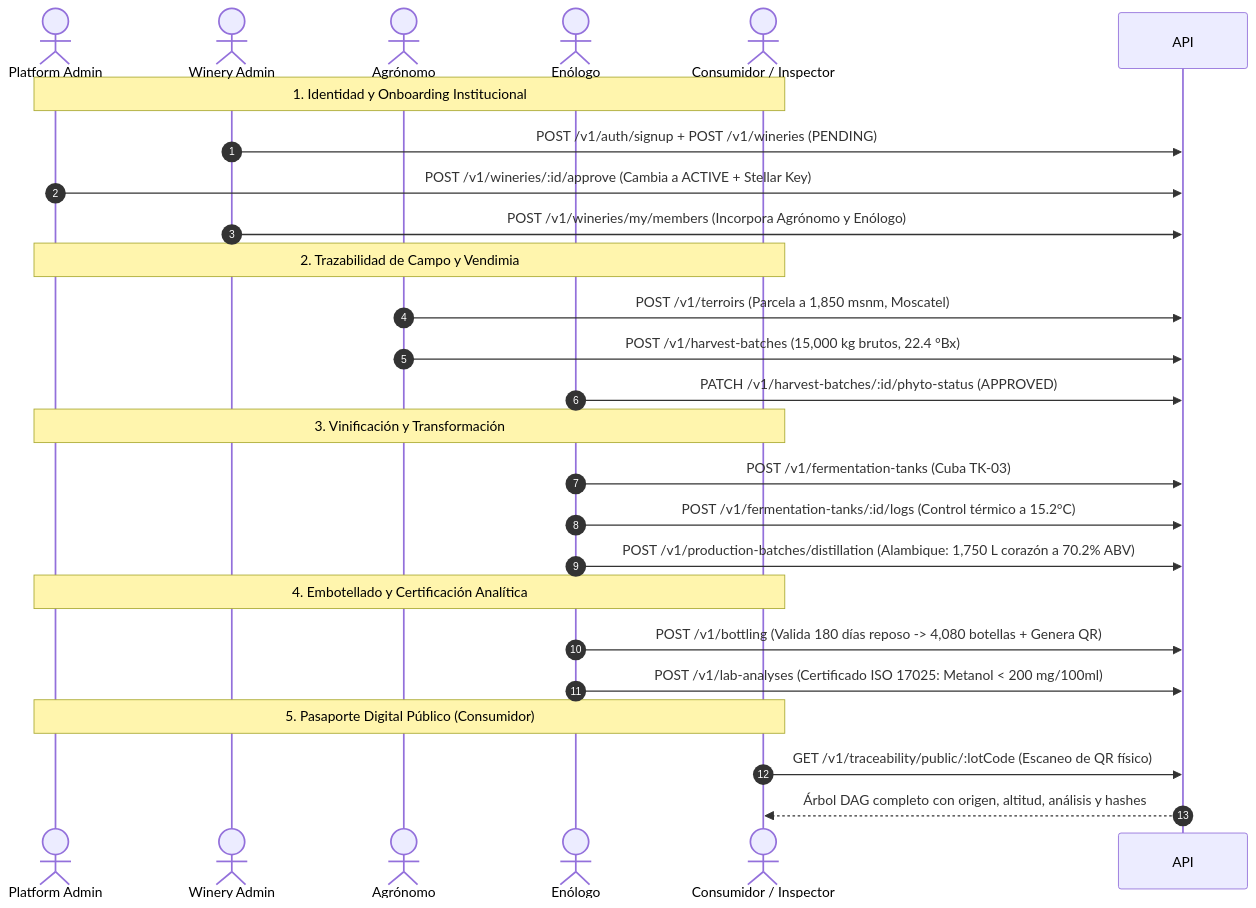
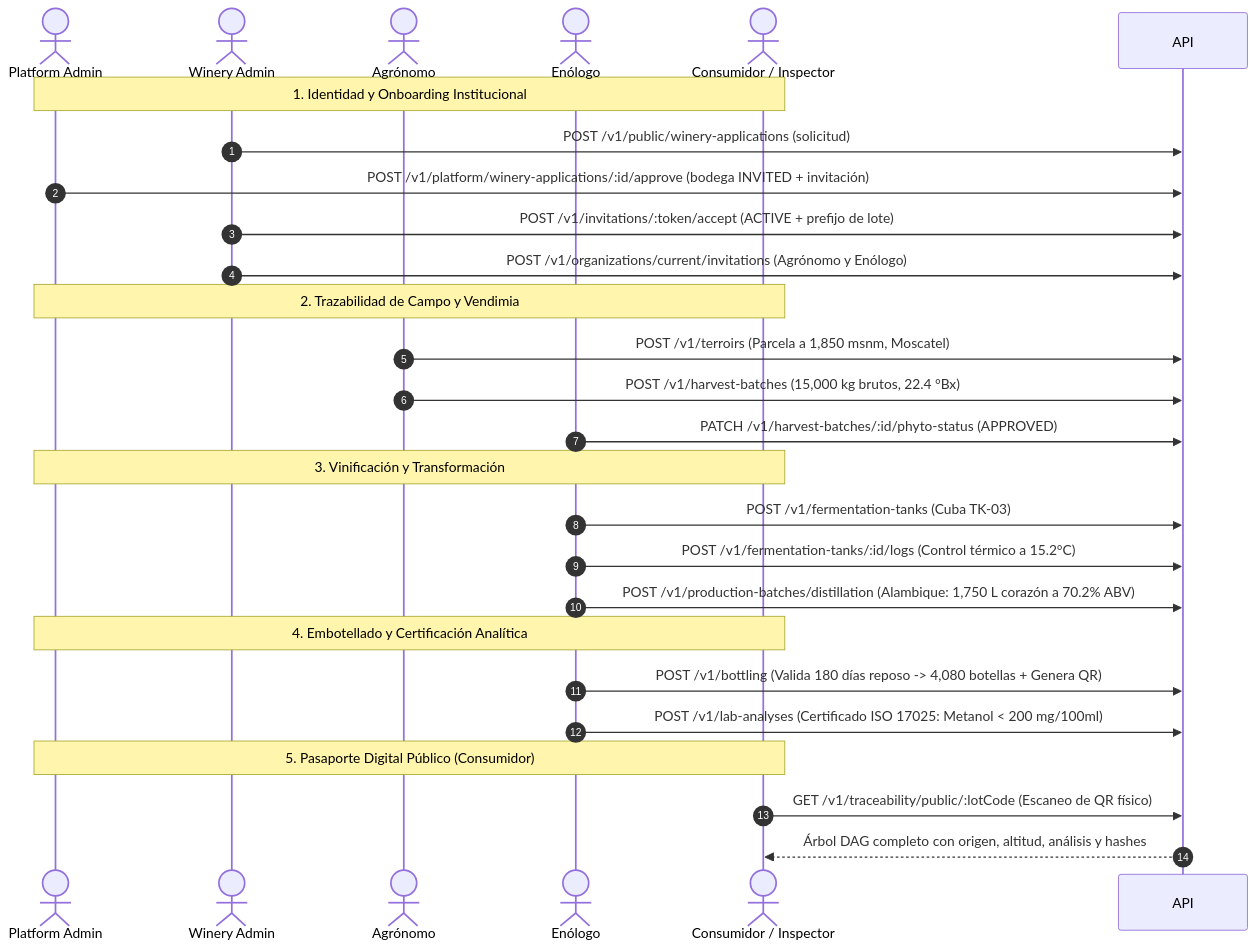
One commit to drinks-on-chain/drinks-on-chain-back changed the third of 3 diagrams in README.md. Above: the diagram before and after it, drawn with Mermaid. The commit also changed other lines of this file and 10 other files, not shown here.

First line of the commit message:
docs: retirada de H1 en identidad, organizaciones, reglas y roadmap

````diff
--- a/README.md
+++ b/README.md
@@ -333,32 +333,33 @@
 ```mermaid
 sequenceDiagram
     autonumber
     actor Admin as Platform Admin
     actor Bodega as Winery Admin
     actor Agro as Agrónomo
     actor Enol as Enólogo
     actor Consumidor as Consumidor / Inspector
 
     Note over Admin,Consumidor: 1. Identidad y Onboarding Institucional
-    Bodega->>API: POST /v1/auth/signup + POST /v1/wineries (PENDING)
-    Admin->>API: POST /v1/wineries/:id/approve (Cambia a ACTIVE + Stellar Key)
-    Bodega->>API: POST /v1/wineries/my/members (Incorpora Agrónomo y Enólogo)
+    Bodega->>API: POST /v1/public/winery-applications (solicitud)
+    Admin->>API: POST /v1/platform/winery-applications/:id/approve (bodega INVITED + invitación)
+    Bodega->>API: POST /v1/invitations/:token/accept (ACTIVE + prefijo de lote)
+    Bodega->>API: POST /v1/organizations/current/invitations (Agrónomo y Enólogo)
 
     Note over Admin,Consumidor: 2. Trazabilidad de Campo y Vendimia
     Agro->>API: POST /v1/terroirs (Parcela a 1,850 msnm, Moscatel)
     Agro->>API: POST /v1/harvest-batches (15,000 kg brutos, 22.4 °Bx)
     Enol->>API: PATCH /v1/harvest-batches/:id/phyto-status (APPROVED)
 
     Note over Admin,Consumidor: 3. Vinificación y Transformación
     Enol->>API: POST /v1/fermentation-tanks (Cuba TK-03)
     Enol->>API: POST /v1/fermentation-tanks/:id/logs (Control térmico a 15.2°C)
     Enol->>API: POST /v1/production-batches/distillation (Alambique: 1,750 L corazón a 70.2% ABV)
 
     Note over Admin,Consumidor: 4. Embotellado y Certificación Analítica
     Enol->>API: POST /v1/bottling (Valida 180 días reposo -> 4,080 botellas + Genera QR)
     Enol->>API: POST /v1/lab-analyses (Certificado ISO 17025: Metanol < 200 mg/100ml)
 
     Note over Admin,Consumidor: 5. Pasaporte Digital Público (Consumidor)
     Consumidor->>API: GET /v1/traceability/public/:lotCode (Escaneo de QR físico)
     API-->>Consumidor: Árbol DAG completo con origen, altitud, análisis y hashes
 ```
````
